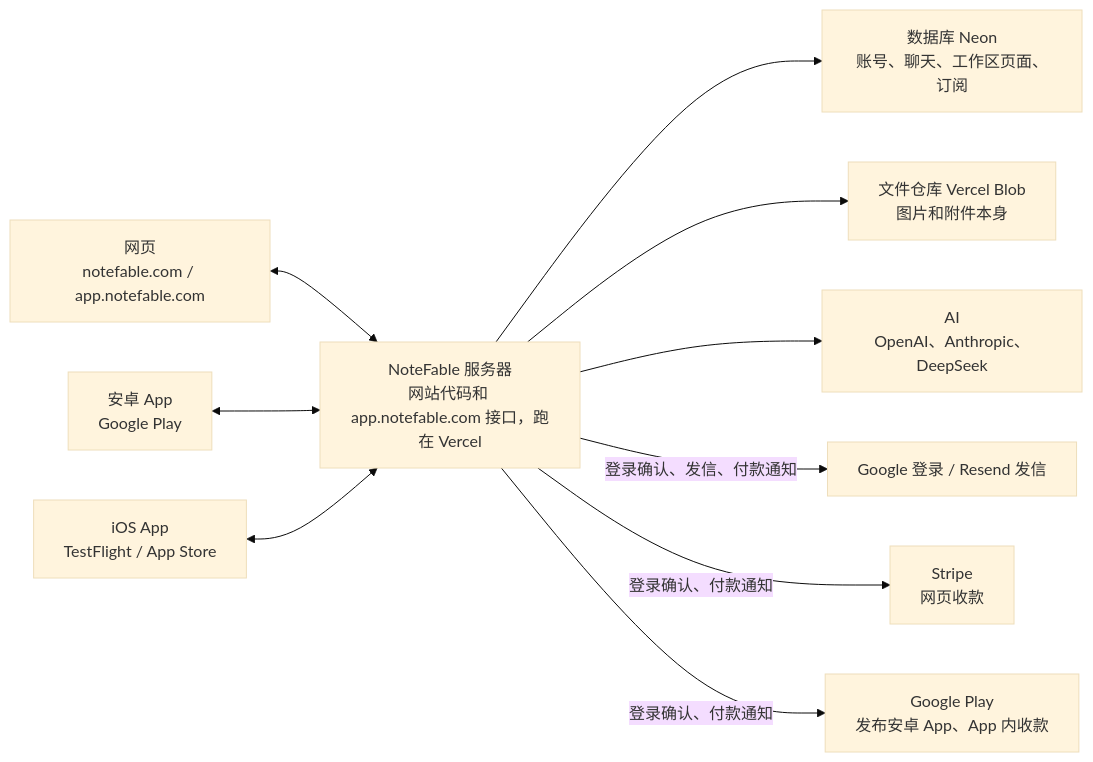
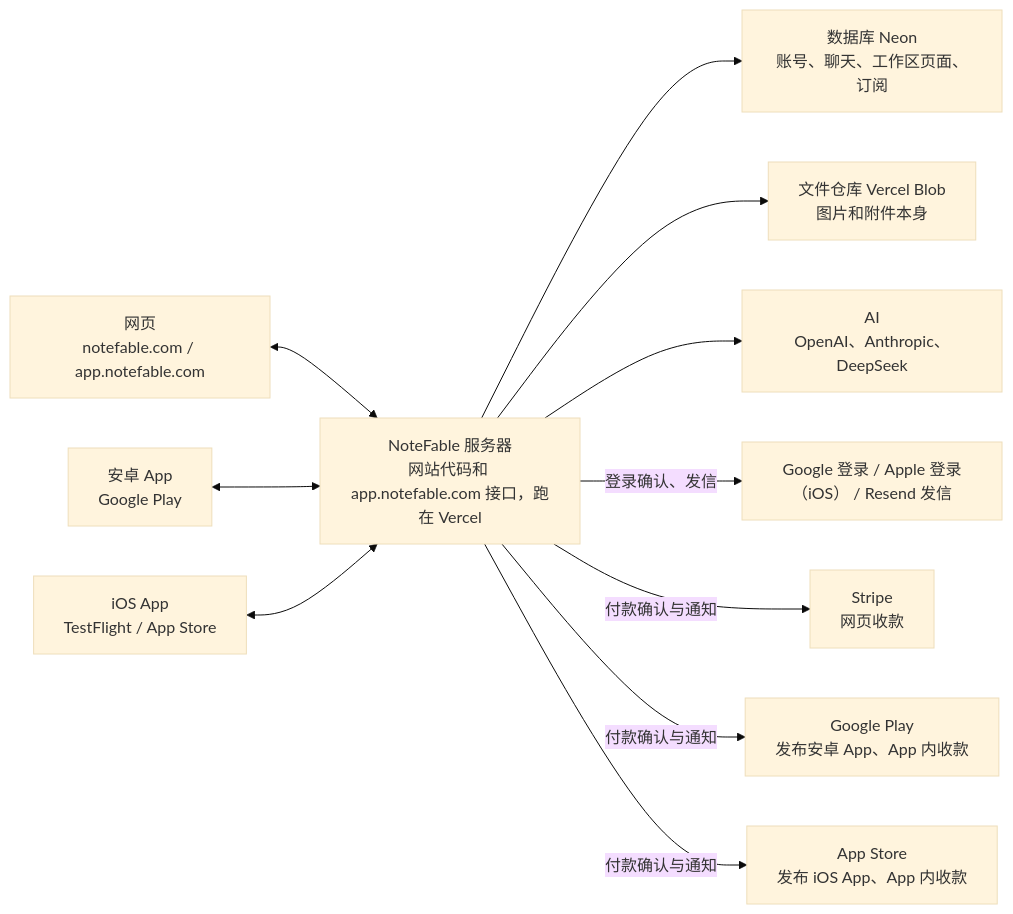
Before and after one commit to kakumine2001/NoteFable: the diagram in docs/project-map.md, drawn with Mermaid (base theme). The commit also changed other lines of this file and 20 other files, not shown here.

````diff
--- a/docs/project-map.md
+++ b/docs/project-map.md
@@ -11,13 +11,14 @@
 ```mermaid
 flowchart LR
   Web["网页<br/>notefable.com / app.notefable.com"] <--> Server
   Android["安卓 App<br/>Google Play"] <--> Server
   iOS["iOS App<br/>TestFlight / App Store"] <--> Server
   Server["NoteFable 服务器<br/>网站代码和 app.notefable.com 接口，跑在 Vercel"]
   Server --> DB["数据库 Neon<br/>账号、聊天、工作区页面、订阅"]
   Server --> Blob["文件仓库 Vercel Blob<br/>图片和附件本身"]
   Server --> AI["AI<br/>OpenAI、Anthropic、DeepSeek"]
-  Server -- 登录确认、发信、付款通知 --> Login["Google 登录 / Resend 发信"]
-  Server -- 登录确认、付款通知 --> Stripe["Stripe<br/>网页收款"]
-  Server -- 登录确认、付款通知 --> Play["Google Play<br/>发布安卓 App、App 内收款"]
+  Server -- 登录确认、发信 --> Login["Google 登录 / Apple 登录（iOS） / Resend 发信"]
+  Server -- 付款确认与通知 --> Stripe["Stripe<br/>网页收款"]
+  Server -- 付款确认与通知 --> Play["Google Play<br/>发布安卓 App、App 内收款"]
+  Server -- 付款确认与通知 --> AppStore["App Store<br/>发布 iOS App、App 内收款"]
 ```
````
